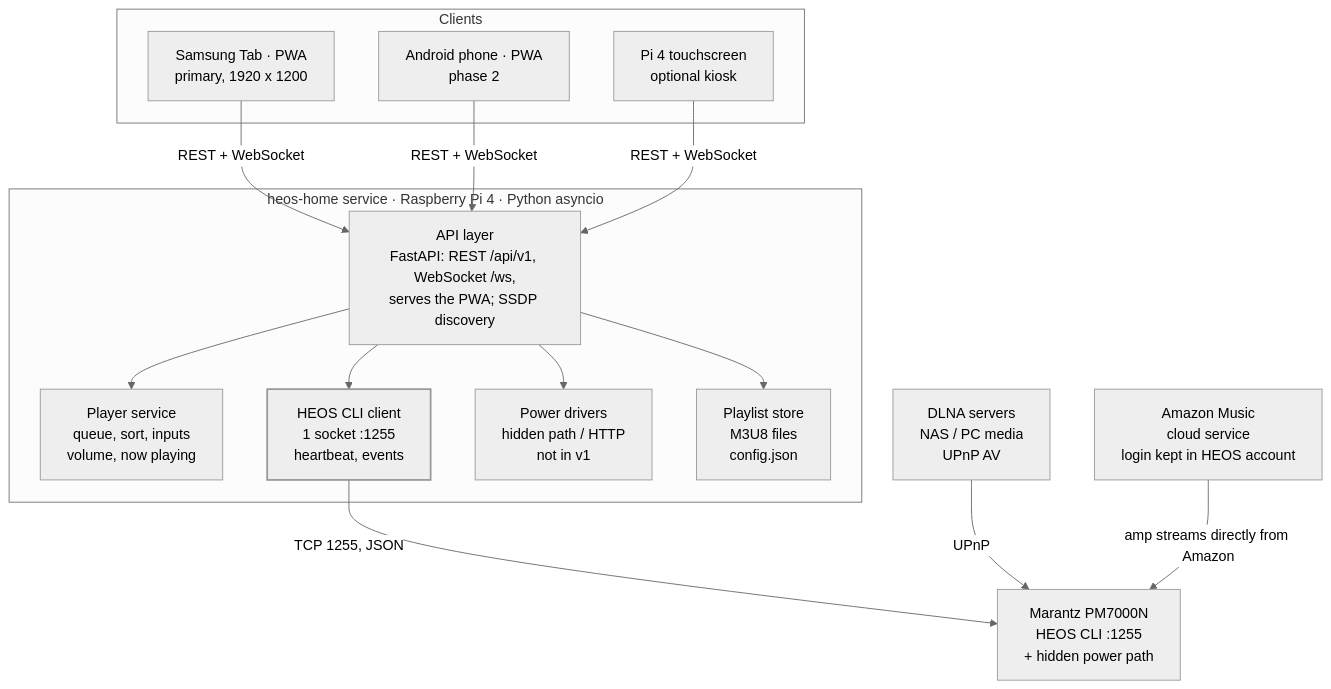
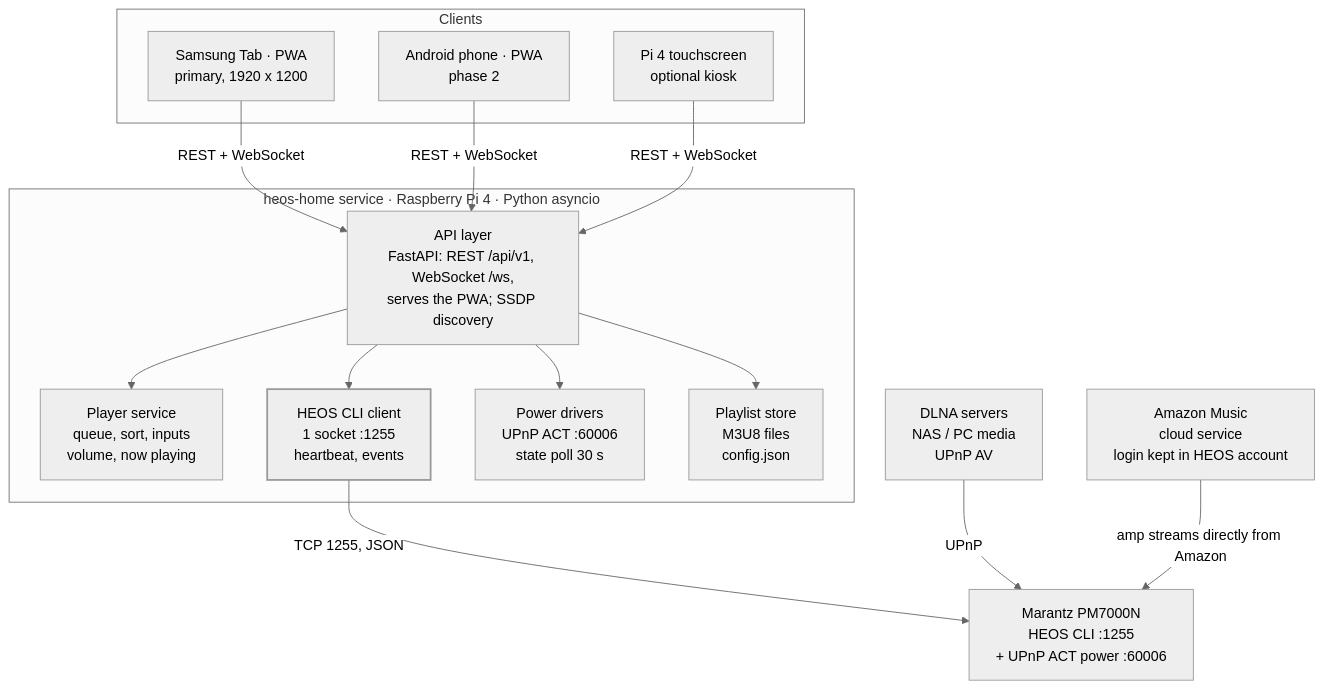
Before and after one commit to KDenisPi/heos: the diagram in HEOS-Home-Controller-Specification.md, drawn with Mermaid (neutral theme). The commit also changed other lines of this file and 11 other files, not shown here.

First line of the commit message:
Power on/standby and power state via the UPnP ACT service

````diff
--- a/HEOS-Home-Controller-Specification.md
+++ b/HEOS-Home-Controller-Specification.md
@@ -49,26 +49,26 @@
 ```mermaid
 flowchart TB
   subgraph Clients
     T["Samsung Tab · PWA<br/>primary, 1920 x 1200"]
     P["Android phone · PWA<br/>phase 2"]
     K["Pi 4 touchscreen<br/>optional kiosk"]
   end
   subgraph S["heos-home service · Raspberry Pi 4 · Python asyncio"]
     API["API layer<br/>FastAPI: REST /api/v1, WebSocket /ws,<br/>serves the PWA; SSDP discovery"]
     PL["Player service<br/>queue, sort, inputs<br/>volume, now playing"]
     CLI["HEOS CLI client<br/>1 socket :1255<br/>heartbeat, events"]
-    PW["Power drivers<br/>hidden path / HTTP<br/>not in v1"]
+    PW["Power drivers<br/>UPnP ACT :60006<br/>state poll 30 s"]
     ST["Playlist store<br/>M3U8 files<br/>config.json"]
     API --> PL
     API --> CLI
     API --> PW
     API --> ST
   end
   T -->|REST + WebSocket| API
   P -->|REST + WebSocket| API
   K -->|REST + WebSocket| API
-  CLI -->|TCP 1255, JSON| AMP["Marantz PM7000N<br/>HEOS CLI :1255<br/>+ hidden power path"]
+  CLI -->|TCP 1255, JSON| AMP["Marantz PM7000N<br/>HEOS CLI :1255<br/>+ UPnP ACT power :60006"]
   DLNA["DLNA servers<br/>NAS / PC media<br/>UPnP AV"] -->|UPnP| AMP
   AM["Amazon Music<br/>cloud service<br/>login kept in HEOS account"] -->|amp streams directly from Amazon| AMP
   style CLI stroke-width:2px
 ```
````
